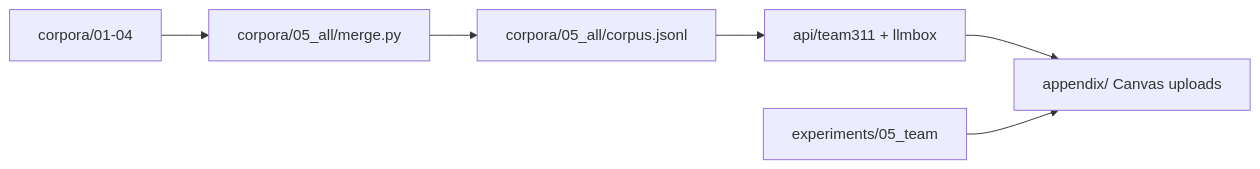
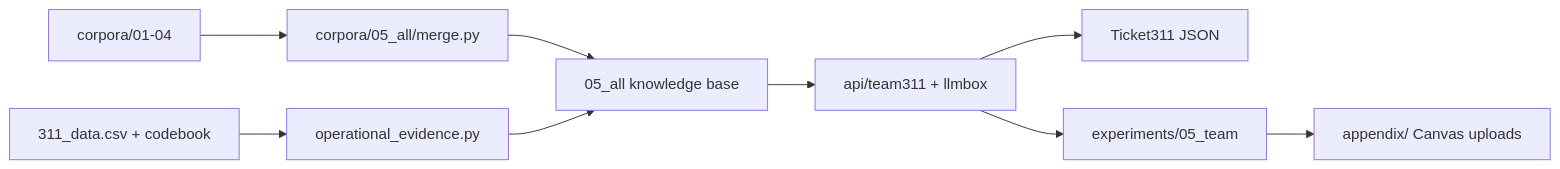
The diagram in README.md (rzrizaldy/cmu_application_nlx_llm_team3), drawn with Mermaid before and after one commit. The commit also changed other lines of this file, not shown here.

````diff
--- a/README.md
+++ b/README.md
@@ -5,8 +18,11 @@
 ```mermaid
 flowchart LR
   corpora["corpora/01-04"] --> merge["corpora/05_all/merge.py"]
-  merge --> kb["corpora/05_all/corpus.jsonl"]
+  wprdc["311_data.csv + codebook"] --> ops["operational_evidence.py"]
+  merge --> kb["05_all knowledge base"]
+  ops --> kb
   kb --> api["api/team311 + llmbox"]
-  api --> appendix["appendix/ Canvas uploads"]
-  experiments["experiments/05_team"] --> appendix
+  api --> ticket["Ticket311 JSON"]
+  experiments["experiments/05_team"] --> appendix["appendix/ Canvas uploads"]
+  api --> experiments
 ```
````
